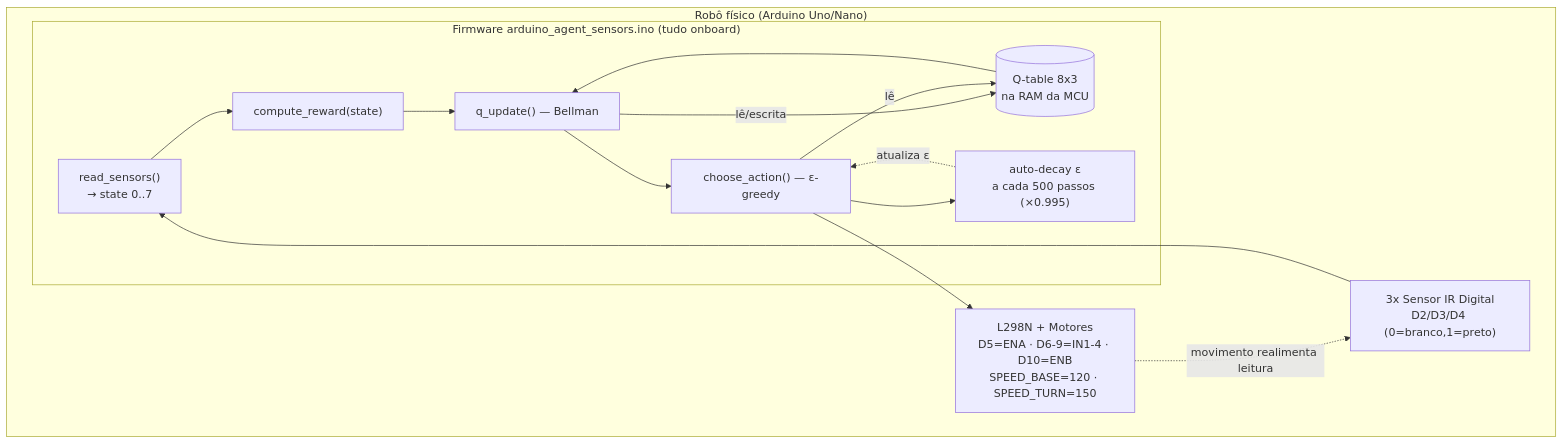
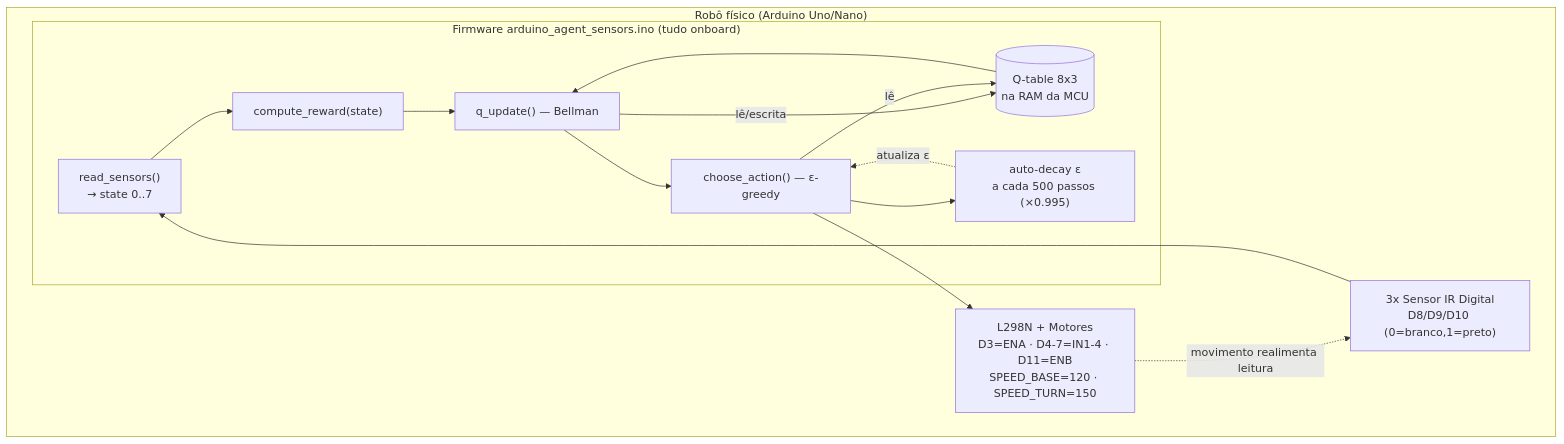
Before and after one commit to PedroZia/enviorment-simulator-python-arduino: the fifth of 8 diagrams in README.md, drawn with Mermaid. The commit also changed other lines of this file and 61 other files, not shown here.

````diff
--- a/README.md
+++ b/README.md
@@ -138,26 +139,26 @@
 ```mermaid
 flowchart TB
   subgraph HW["Robô físico (Arduino Uno/Nano)"]
-    SENS["3x Sensor IR Digital<br/>D2/D3/D4 (0=branco,1=preto)"]
+    SENS["3x Sensor IR Digital<br/>D8/D9/D10 (0=branco,1=preto)"]
     subgraph FW["Firmware arduino_agent_sensors.ino (tudo onboard)"]
       RS["read_sensors()<br/>→ state 0..7"]
       CR["compute_reward(state)"]
       QGU["q_update() — Bellman"]
       QAG["choose_action() — ε-greedy"]
       DEC["auto-decay ε<br/>a cada 500 passos (×0.995)"]
       QTBL[("Q-table 8x3<br/>na RAM da MCU")]
     end
-    MOT["L298N + Motores<br/>D5=ENA · D6-9=IN1-4 · D10=ENB<br/>SPEED_BASE=120 · SPEED_TURN=150"]
+    MOT["L298N + Motores<br/>D3=ENA · D4-7=IN1-4 · D11=ENB<br/>SPEED_BASE=120 · SPEED_TURN=150"]
   end
   SENS --> RS
   RS --> CR
   CR --> QGU
   QGU -->|lê/escrita| QTBL
   QTBL --> QGU
   QGU --> QAG
   QAG -->|lê| QTBL
   QAG --> MOT
   MOT -.->|movimento realimenta leitura| SENS
   QAG --> DEC
   DEC -.->|atualiza ε| QAG
 ```
````
